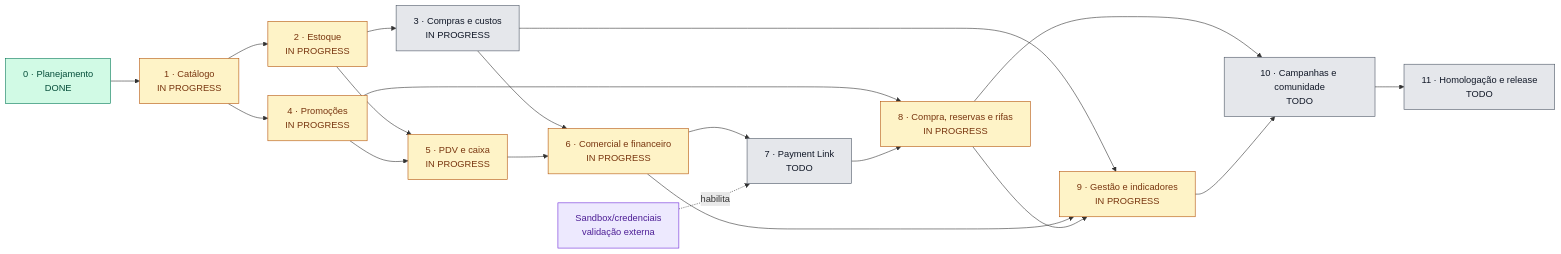
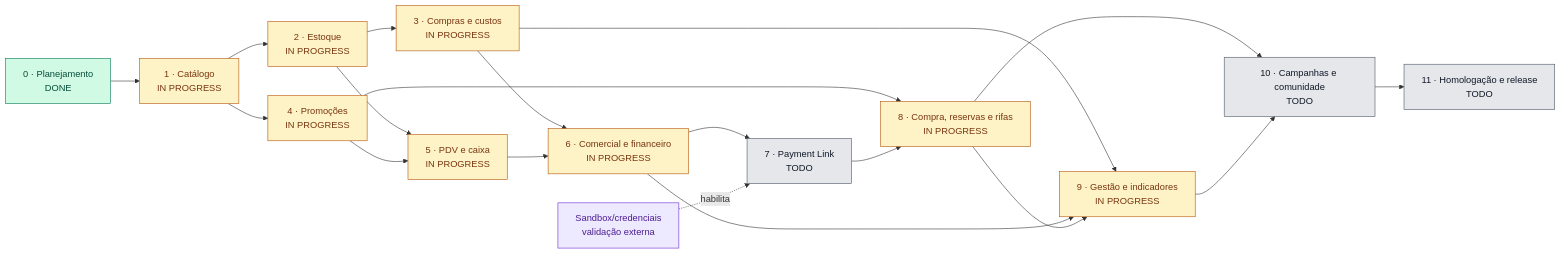
One commit to Germinatura/germinatura-platform changed the diagram in docs/product/ROADMAP.md. Above: the diagram before and after it, drawn with Mermaid. The commit also changed other lines of this file and 20 other files, not shown here.

````diff
--- a/docs/product/ROADMAP.md
+++ b/docs/product/ROADMAP.md
@@ -21,30 +21,30 @@
 ```mermaid
 flowchart LR
     E0["0 · Planejamento<br/>DONE"] --> E1["1 · Catálogo<br/>IN PROGRESS"]
     E1 --> E2["2 · Estoque<br/>IN PROGRESS"]
     E1 --> E4["4 · Promoções<br/>IN PROGRESS"]
     E2 --> E3["3 · Compras e custos<br/>IN PROGRESS"]
     E2 --> E5["5 · PDV e caixa<br/>IN PROGRESS"]
     E4 --> E5
     E3 --> E6["6 · Comercial e financeiro<br/>IN PROGRESS"]
     E5 --> E6
     E6 --> E7["7 · Payment Link<br/>TODO"]
     E4 --> E8["8 · Compra, reservas e rifas<br/>IN PROGRESS"]
     E7 --> E8
     E3 --> E9["9 · Gestão e indicadores<br/>IN PROGRESS"]
     E6 --> E9
     E8 --> E9
     E8 --> E10["10 · Campanhas e comunidade<br/>TODO"]
     E9 --> E10
     E10 --> E11["11 · Homologação e release<br/>TODO"]
     S["Sandbox/credenciais<br/>validação externa"] -. habilita .-> E7
 
     classDef done fill:#d1fae5,stroke:#047857,color:#064e3b;
     classDef progress fill:#fef3c7,stroke:#b45309,color:#78350f;
     classDef todo fill:#e5e7eb,stroke:#4b5563,color:#111827;
     classDef external fill:#ede9fe,stroke:#6d28d9,color:#4c1d95;
     class E0 done;
-    class E1,E2,E4,E5,E6,E8,E9 progress;
-    class E3,E7,E10,E11 todo;
+    class E1,E2,E3,E4,E5,E6,E8,E9 progress;
+    class E7,E10,E11 todo;
     class S external;
 ```
````
